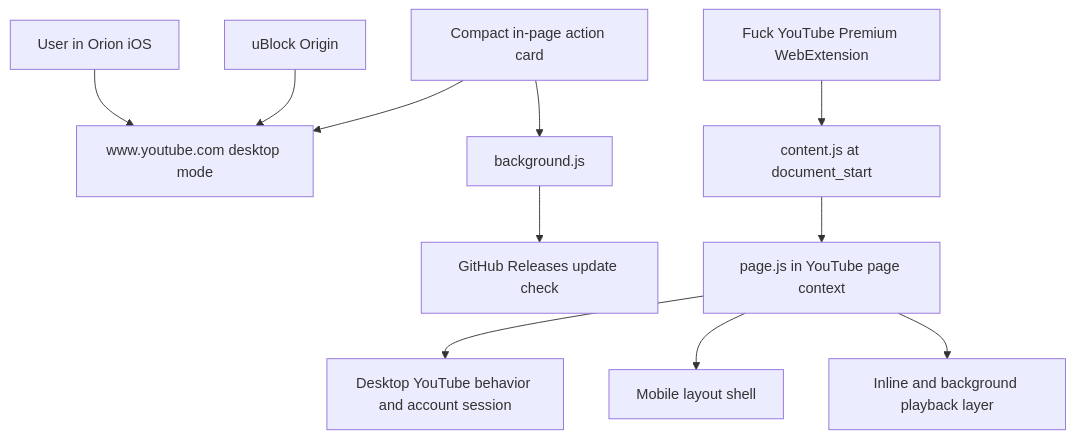
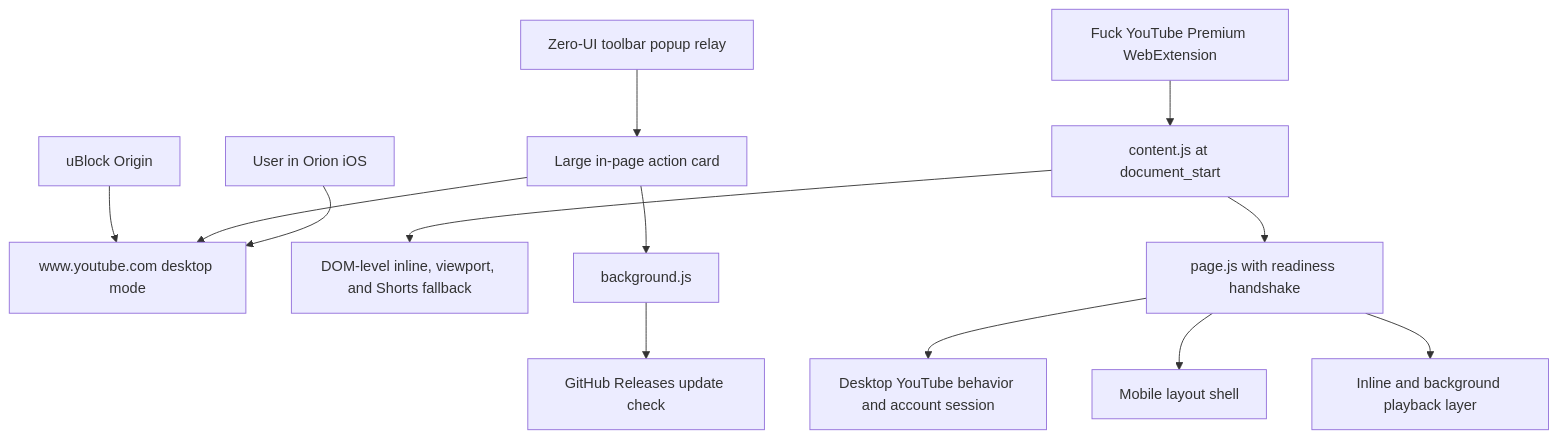
The diagram in ARCHITECTURE.md (aditauqir/fyp), drawn with Mermaid before and after one commit. The commit also changed other lines of this file and 27 other files, not shown here.

Commit message:
Release Fuck YouTube Premium 2.0.13

````diff
--- a/ARCHITECTURE.md
+++ b/ARCHITECTURE.md
@@ -20,13 +20,15 @@
 ```mermaid
 flowchart TD
     U["User in Orion iOS"] --> O["www.youtube.com desktop mode"]
     E["Fuck YouTube Premium WebExtension"] --> C["content.js at document_start"]
-    C --> P["page.js in YouTube page context"]
+    C --> F["DOM-level inline, viewport, and Shorts fallback"]
+    C --> P["page.js with readiness handshake"]
     P --> B["Desktop YouTube behavior and account session"]
     P --> M["Mobile layout shell"]
     P --> V["Inline and background playback layer"]
     W["background.js"] --> G["GitHub Releases update check"]
-    X["Compact in-page action card"] --> O
+    R["Zero-UI toolbar popup relay"] --> X["Large in-page action card"]
+    X --> O
     X --> W
     A["uBlock Origin"] --> O
 ```
````
